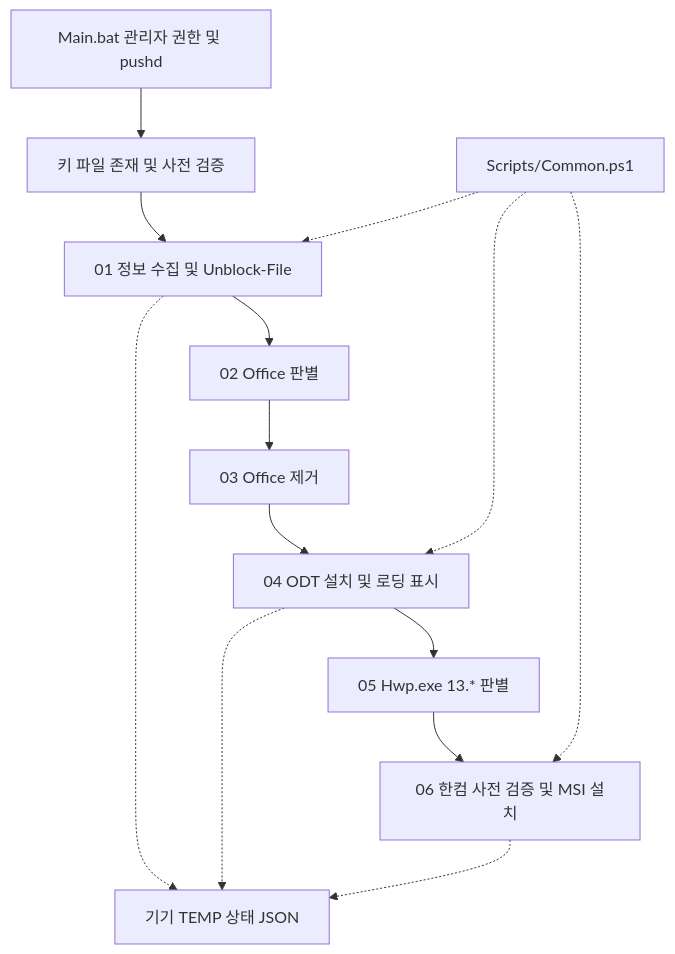
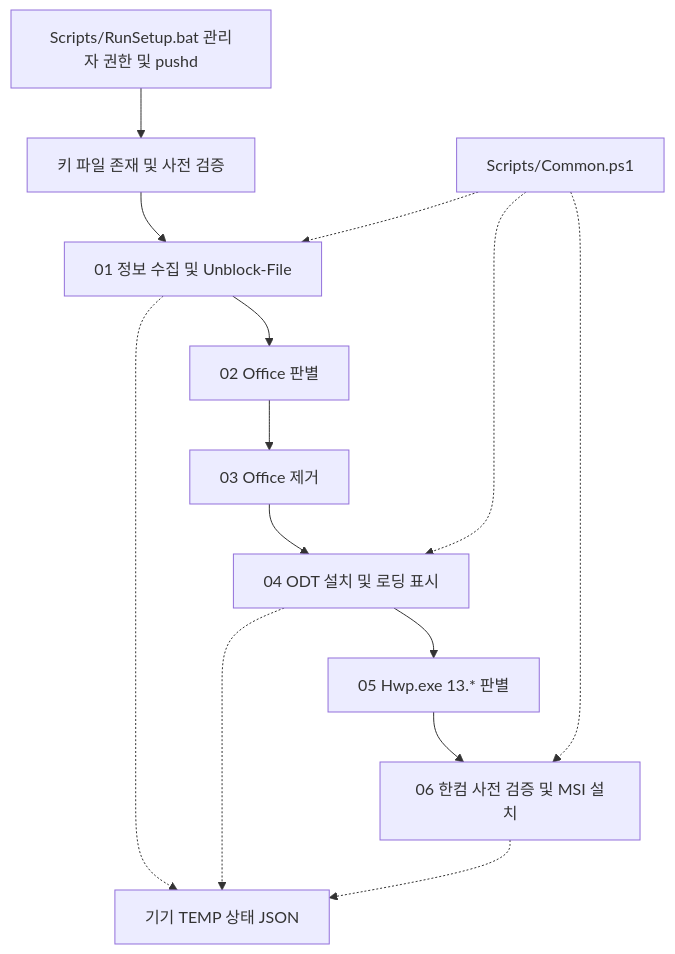
The diagram in docs/ARCHITECTURE.md (jobchoi/duct-tape), drawn with Mermaid before and after one commit. The commit also changed 20 other files, not shown here.

First line of the commit message:
fix: 다운로드 ZIP에서 Main.bat 숨김(Scripts/RunSetup.bat 내부화), 제품 키 화면 패널 겹침 수정

````diff
--- a/docs/ARCHITECTURE.md
+++ b/docs/ARCHITECTURE.md
@@ -5,16 +5,16 @@
 ```mermaid
 flowchart TD
-    A[Main.bat 관리자 권한 및 pushd] --> K[키 파일 존재 및 사전 검증]
+    A[Scripts/RunSetup.bat 관리자 권한 및 pushd] --> K[키 파일 존재 및 사전 검증]
     K --> B[01 정보 수집 및 Unblock-File]
     B --> C[02 Office 판별]
     C --> D[03 Office 제거]
     D --> E[04 ODT 설치 및 로딩 표시]
     E --> F[05 Hwp.exe 13.* 판별]
     F --> G[06 한컴 사전 검증 및 MSI 설치]
     B -.-> S[기기 TEMP 상태 JSON]
     E -.-> S
     G -.-> S
     X[Scripts/Common.ps1] -.-> B
     X -.-> E
     X -.-> G
 ```
````
